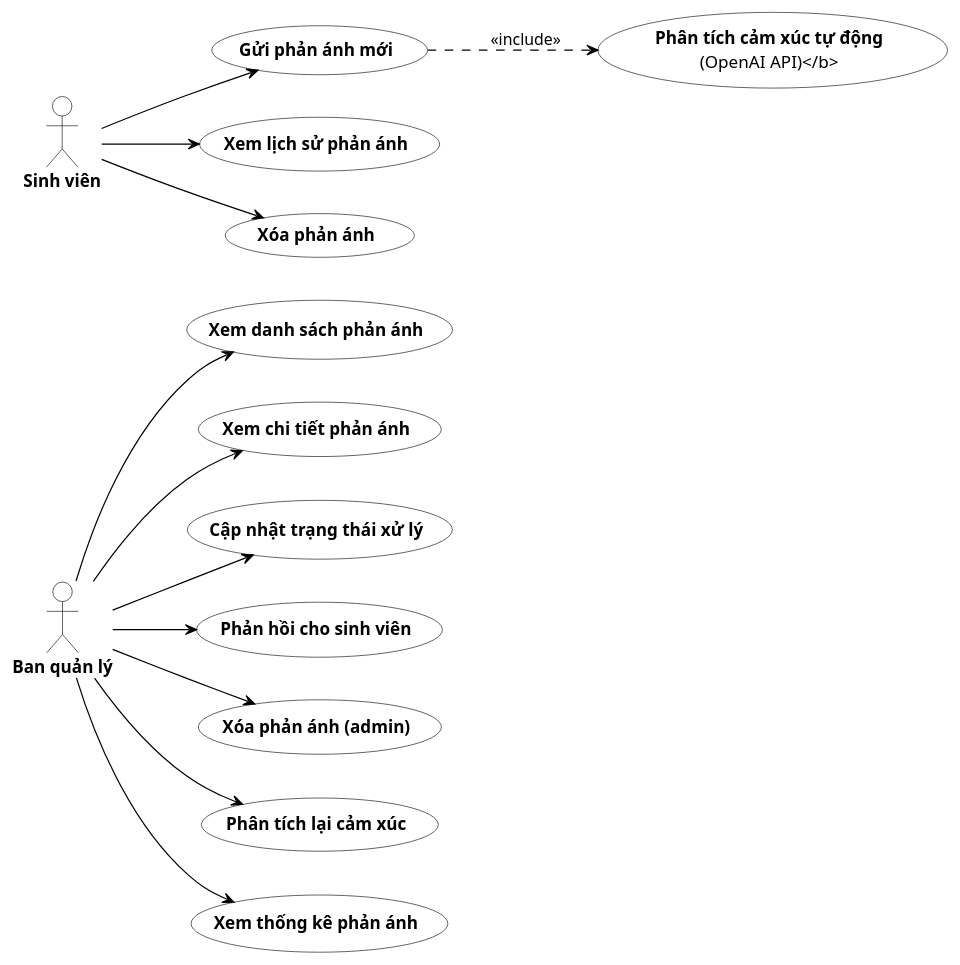
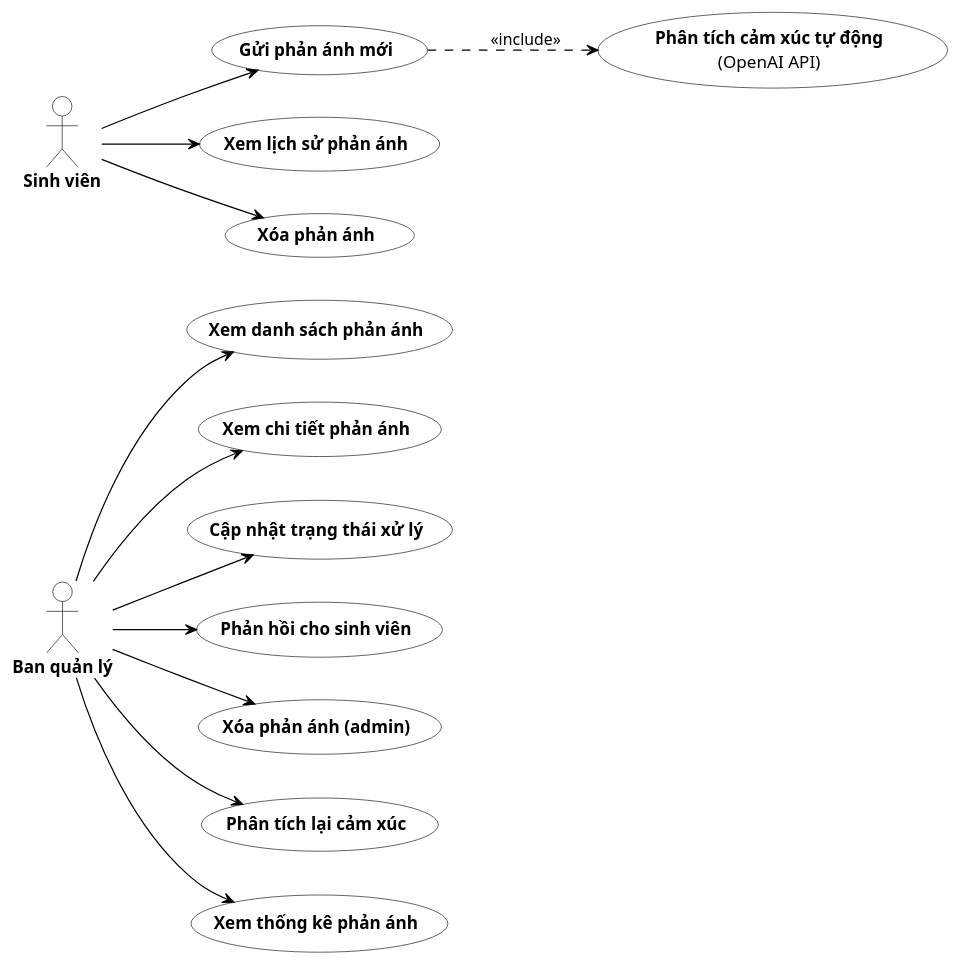
One commit to s0nbuildtech287/dormitory-frontend changed the diagram in diagrams/usecase_phanra/uc_phananh.puml. Above: the diagram before and after it, drawn with PlantUML. The commit also changed 1 other file, not shown here.

```diff
--- a/diagrams/usecase_phanra/uc_phananh.puml
+++ b/diagrams/usecase_phanra/uc_phananh.puml
@@ -1,42 +1,42 @@
 @startuml "UC Phân rã - Xử lý phản ánh"
 left to right direction
 skinparam usecase {
   BackgroundColor White
   BorderColor Black
 }
 skinparam actor {
   BackgroundColor White
   BorderColor Black
 }
 skinparam ArrowColor Black
 skinparam ArrowThickness 1
 skinparam shadowing false
 
 actor "<b>Ban quản lý</b>" as Admin
 actor "<b>Sinh viên</b>" as SV
 
 usecase "<b>Gửi phản ánh mới</b>" as UC1
-usecase "<b>Phân tích cảm xúc tự động\n(OpenAI API)</b>" as UC2
+usecase "<b>Phân tích cảm xúc tự động\n(OpenAI API)" as UC2
 usecase "<b>Xem lịch sử phản ánh</b>" as UC3
 usecase "<b>Xóa phản ánh</b>" as UC4
 usecase "<b>Xem danh sách phản ánh</b>" as UC5
 usecase "<b>Xem chi tiết phản ánh</b>" as UC6
 usecase "<b>Cập nhật trạng thái xử lý</b>" as UC7
 usecase "<b>Phản hồi cho sinh viên</b>" as UC8
 usecase "<b>Xóa phản ánh (admin)</b>" as UC9
 usecase "<b>Phân tích lại cảm xúc</b>" as UC10
 usecase "<b>Xem thống kê phản ánh</b>" as UC11
 
 UC1 ..> UC2 : <<include>>
 
 SV --> UC1
 SV --> UC3
 SV --> UC4
 Admin --> UC5
 Admin --> UC6
 Admin --> UC7
 Admin --> UC8
 Admin --> UC9
 Admin --> UC10
 Admin --> UC11
 @enduml
```
